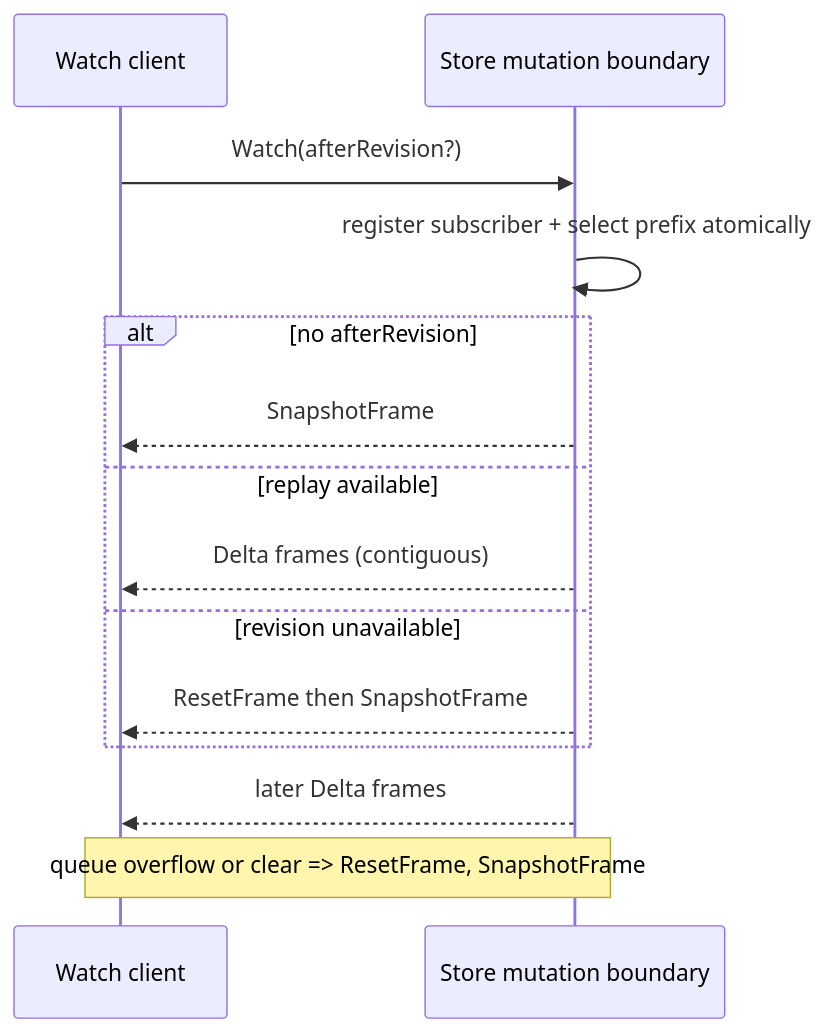
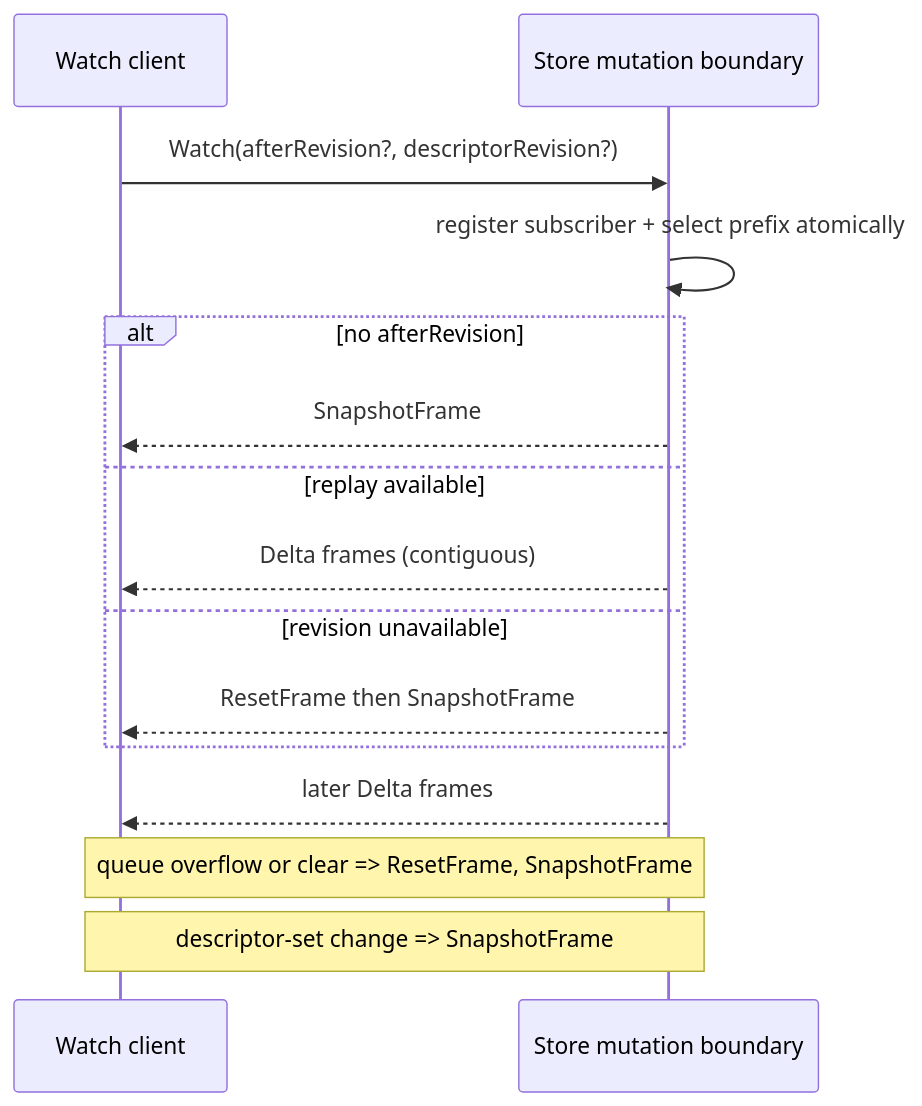
The third of 3 diagrams in context/effect-rpc-explorer/01-core/spec.md (overengineeringstudio/effect-utils), drawn with Mermaid before and after one commit. The commit also changed other lines of this file and 15 other files, not shown here.

````diff
--- a/context/effect-rpc-explorer/01-core/spec.md
+++ b/context/effect-rpc-explorer/01-core/spec.md
@@ -398,16 +427,17 @@
 ```mermaid
 sequenceDiagram
   participant U as Watch client
   participant S as Store mutation boundary
-  U->>S: Watch(afterRevision?)
+  U->>S: Watch(afterRevision?, descriptorRevision?)
   S->>S: register subscriber + select prefix atomically
   alt no afterRevision
     S-->>U: SnapshotFrame
   else replay available
     S-->>U: Delta frames (contiguous)
   else revision unavailable
     S-->>U: ResetFrame then SnapshotFrame
   end
   S-->>U: later Delta frames
   Note over U,S: queue overflow or clear => ResetFrame, SnapshotFrame
+  Note over U,S: descriptor-set change => SnapshotFrame
 ```
````
